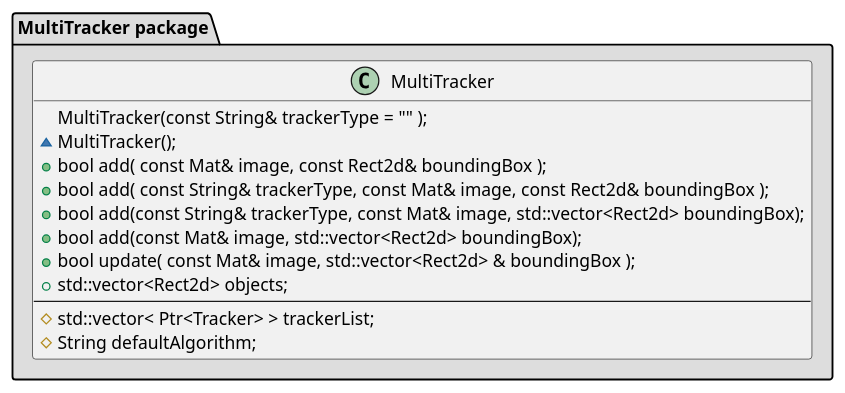
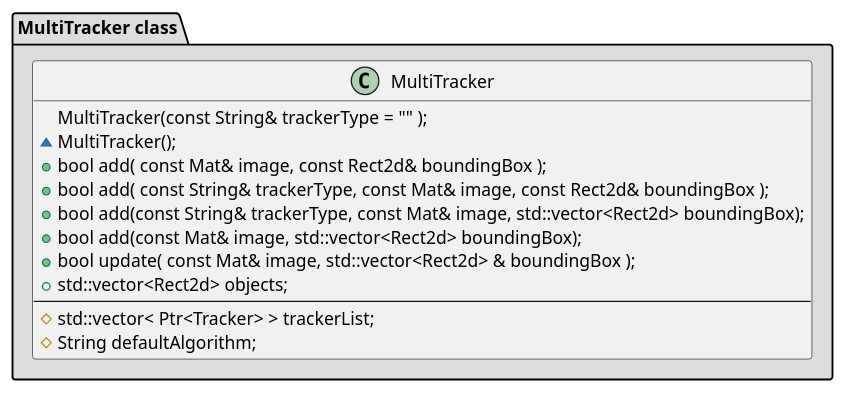
One commit to opencv/opencv_contrib changed the seventh of 7 diagrams in modules/tracking/doc/diagrams.markdown. Above: the diagram before and after it, drawn with PlantUML. The commit also changed 1 other file, not shown here.

Commit message:
Add instruction to re-compile the code

```diff
--- a/modules/tracking/doc/diagrams.markdown
+++ b/modules/tracking/doc/diagrams.markdown
@@ -239,20 +239,20 @@
 @startuml{multi_tracker_uml.png}
-  package "MultiTracker package" #DDDDDD {
+  package "MultiTracker class" #DDDDDD {
 
   class MultiTracker{
     MultiTracker(const String& trackerType = "" );
     ~MultiTracker();
     +bool add( const Mat& image, const Rect2d& boundingBox );
     +bool add( const String& trackerType, const Mat& image, const Rect2d& boundingBox );
     +bool add(const String& trackerType, const Mat& image, std::vector<Rect2d> boundingBox);
     +bool add(const Mat& image, std::vector<Rect2d> boundingBox);
     +bool update( const Mat& image, std::vector<Rect2d> & boundingBox );
     +std::vector<Rect2d> objects;
     ---
     #std::vector< Ptr<Tracker> > trackerList;
     #String defaultAlgorithm;
   }
 
 
   }
 @enduml
```
